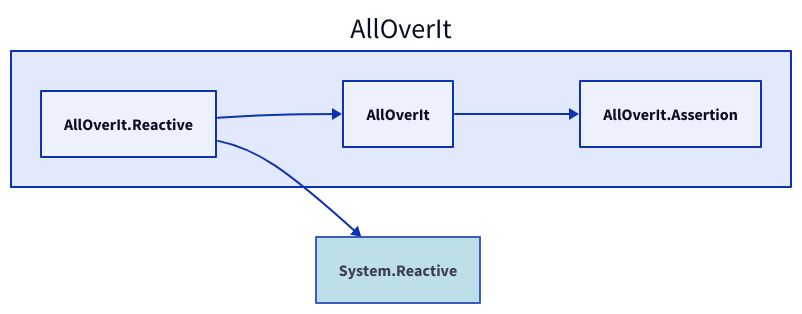
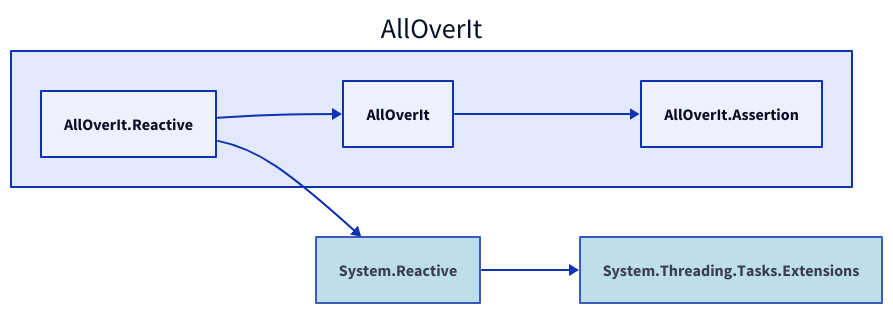
One commit to nickathone/AllOverIt changed the diagram in Docs/Dependencies/alloverit-reactive.d2. Above: the diagram before and after it, drawn with D2. The commit also changed 48 other files, not shown here.

Commit message:
Some dependency diagram updates - WIP

```diff
--- a/Docs/Dependencies/alloverit-reactive.d2
+++ b/Docs/Dependencies/alloverit-reactive.d2
@@ -1,13 +1,17 @@
 direction: right
 
 aoi: AllOverIt
 aoi.alloverit-reactive: AllOverIt.Reactive
 aoi.alloverit: AllOverIt
 aoi.alloverit-assertion: AllOverIt.Assertion
 system-reactive: System.Reactive
 system-reactive.style.fill: lightblue
 system-reactive.style.opacity: 0.8
+system-threading-tasks-extensions: System.Threading.Tasks.Extensions
+system-threading-tasks-extensions.style.fill: lightblue
+system-threading-tasks-extensions.style.opacity: 0.8
 
 aoi.alloverit <- aoi.alloverit-reactive
 aoi.alloverit-assertion <- aoi.alloverit
 system-reactive <- aoi.alloverit-reactive
+system-threading-tasks-extensions <- system-reactive
```
